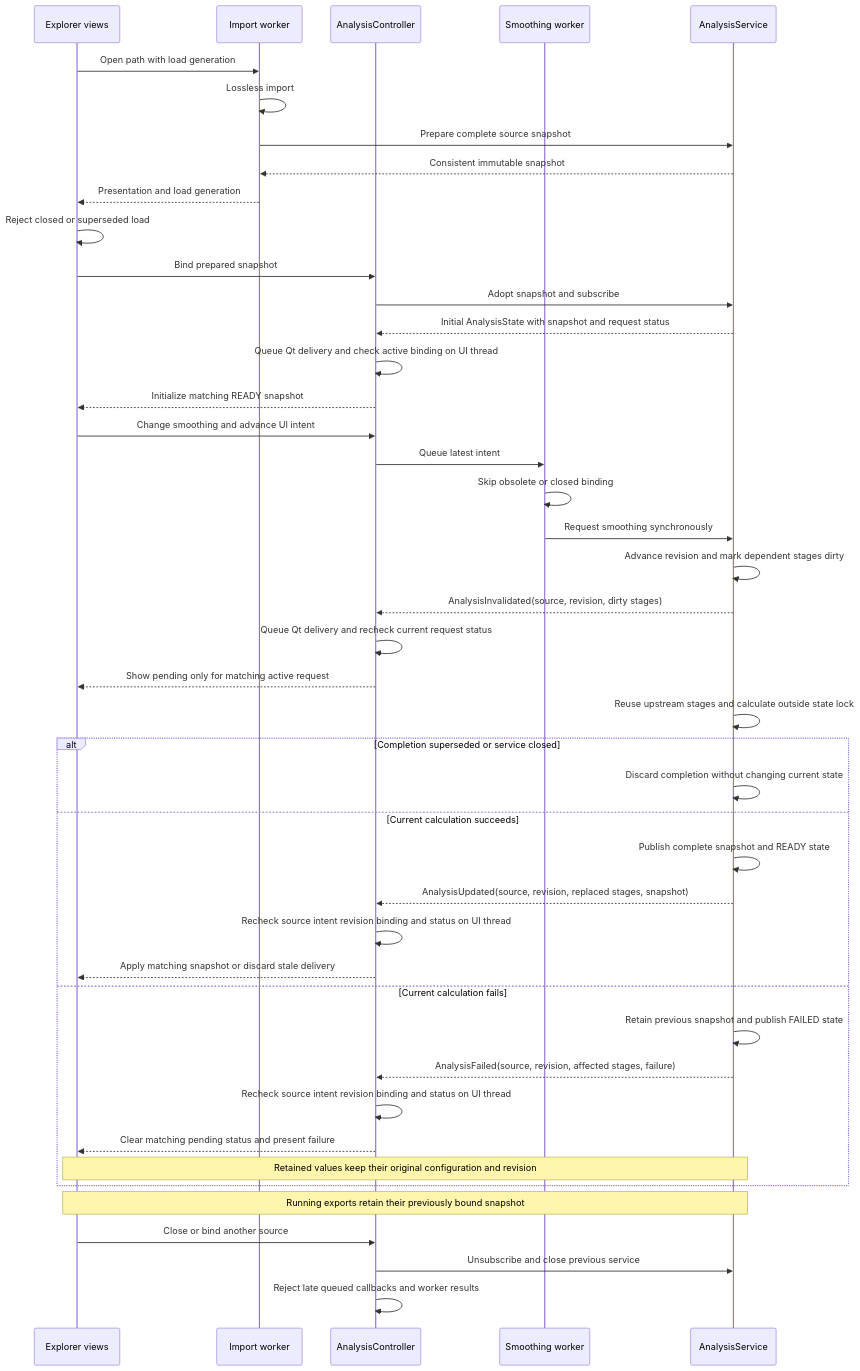
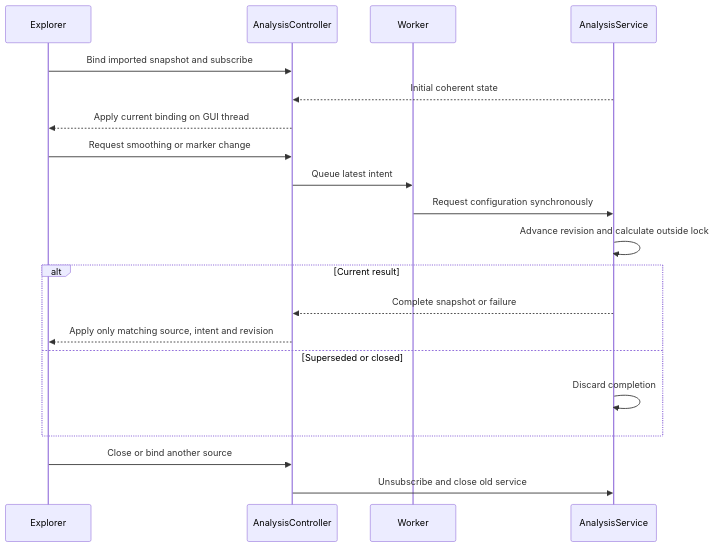
One commit to rudnerbjoern/ride-forces-analyzer changed the third of 4 diagrams in docs/architecture/06_runtime_view.md. Above: the diagram before and after it, drawn with Mermaid. The commit also changed other lines of this file and 39 other files, not shown here.

````diff
--- a/docs/architecture/06_runtime_view.md
+++ b/docs/architecture/06_runtime_view.md
@@ -146,46 +94,22 @@
 ```mermaid
 sequenceDiagram
-    participant UI as Explorer views
-    participant Loader as Import worker
+    participant UI as Explorer
     participant Adapter as AnalysisController
-    participant Worker as Smoothing worker
+    participant Worker
     participant Service as AnalysisService
-    UI->>Loader: Open path with load generation
-    Loader->>Loader: Lossless import
-    Loader->>Service: Prepare complete source snapshot
-    Service-->>Loader: Consistent immutable snapshot
-    Loader-->>UI: Presentation and load generation
-    UI->>UI: Reject closed or superseded load
-    UI->>Adapter: Bind prepared snapshot
-    Adapter->>Service: Adopt snapshot and subscribe
-    Service-->>Adapter: Initial AnalysisState with snapshot and request status
-    Adapter->>Adapter: Queue Qt delivery and check active binding on UI thread
-    Adapter-->>UI: Initialize matching READY snapshot
-    UI->>Adapter: Change smoothing and advance UI intent
+    UI->>Adapter: Bind imported snapshot and subscribe
+    Service-->>Adapter: Initial coherent state
+    Adapter-->>UI: Apply current binding on GUI thread
+    UI->>Adapter: Request smoothing or marker change
     Adapter->>Worker: Queue latest intent
-    Worker->>Worker: Skip obsolete or closed binding
-    Worker->>Service: Request smoothing synchronously
-    Service->>Service: Advance revision and mark dependent stages dirty
-    Service-->>Adapter: AnalysisInvalidated(source, revision, dirty stages)
-    Adapter->>Adapter: Queue Qt delivery and recheck current request status
-    Adapter-->>UI: Show pending only for matching active request
-    Service->>Service: Reuse upstream stages and calculate outside state lock
-    alt Completion superseded or service closed
-        Service->>Service: Discard completion without changing current state
-    else Current calculation succeeds
-        Service->>Service: Publish complete snapshot and READY state
-        Service-->>Adapter: AnalysisUpdated(source, revision, replaced stages, snapshot)
-        Adapter->>Adapter: Recheck source intent revision binding and status on UI thread
-        Adapter-->>UI: Apply matching snapshot or discard stale delivery
-    else Current calculation fails
-        Service->>Service: Retain previous snapshot and publish FAILED state
-        Service-->>Adapter: AnalysisFailed(source, revision, affected stages, failure)
-        Adapter->>Adapter: Recheck source intent revision binding and status on UI thread
-        Adapter-->>UI: Clear matching pending status and present failure
-        Note over Service,UI: Retained values keep their original configuration and revision
+    Worker->>Service: Request configuration synchronously
+    Service->>Service: Advance revision and calculate outside lock
+    alt Current result
+        Service-->>Adapter: Complete snapshot or failure
+        Adapter-->>UI: Apply only matching source, intent and revision
+    else Superseded or closed
+        Service->>Service: Discard completion
     end
-    Note over Service,UI: Running exports retain their previously bound snapshot
     UI->>Adapter: Close or bind another source
-    Adapter->>Service: Unsubscribe and close previous service
-    Adapter->>Adapter: Reject late queued callbacks and worker results
+    Adapter->>Service: Unsubscribe and close old service
 ```
````
